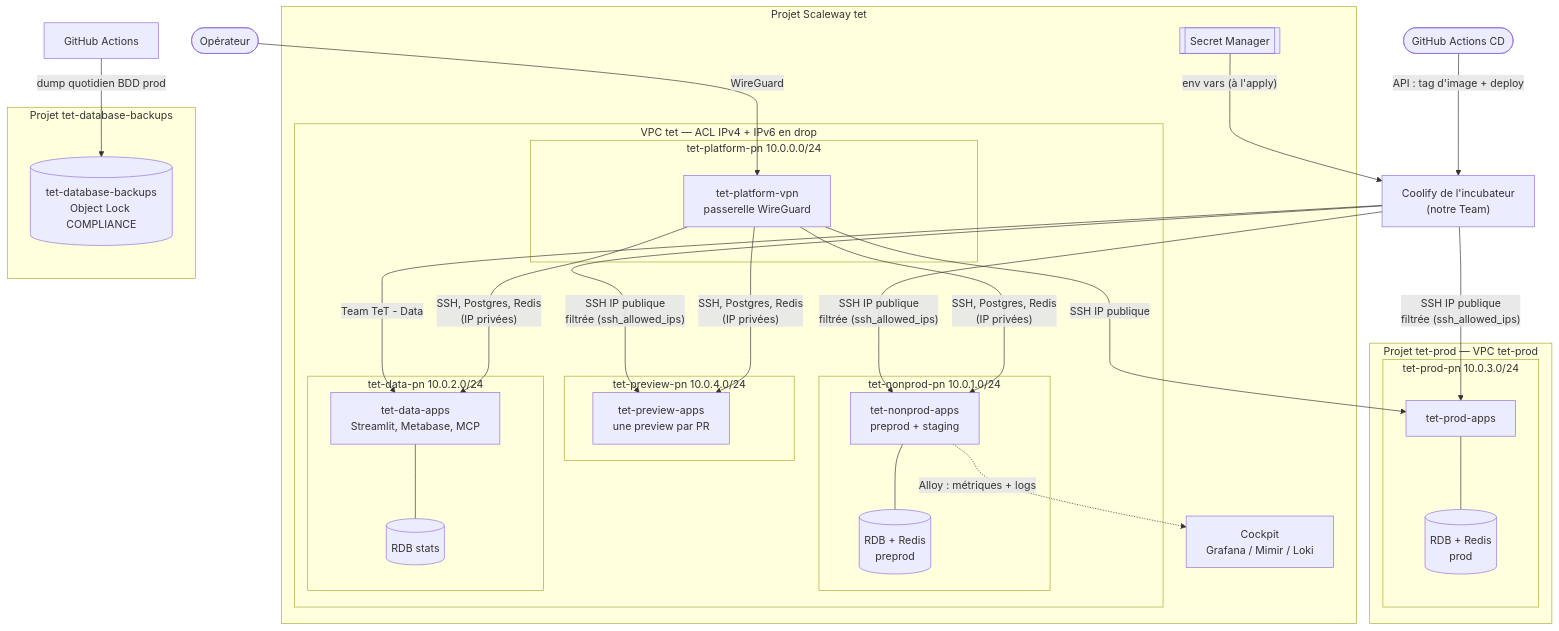
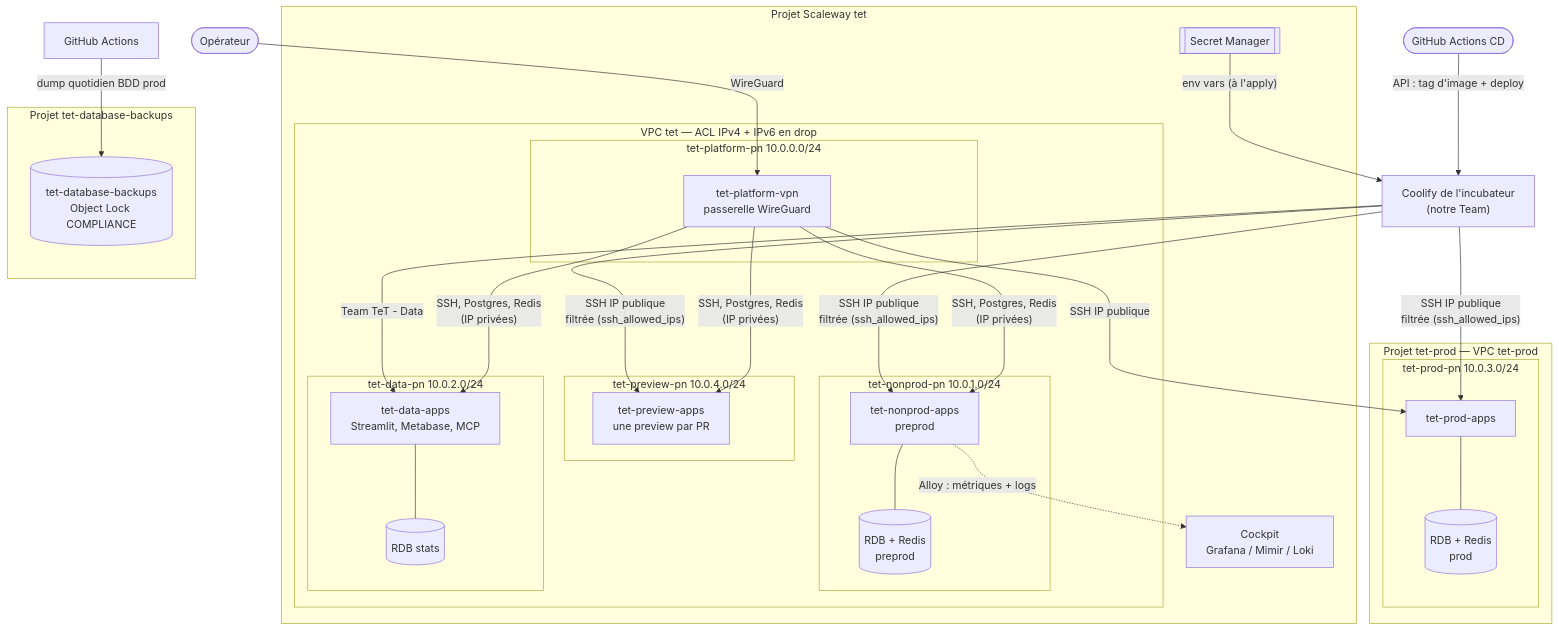
The first of 2 diagrams in infra/README.md (incubateur-ademe/territoires-en-transitions), drawn with Mermaid before and after one commit. The commit also changed other lines of this file and 18 other files, not shown here.

````diff
--- a/infra/README.md
+++ b/infra/README.md
@@ -19,49 +19,49 @@
 ```mermaid
 flowchart TB
   ops([Opérateur]) -- "WireGuard" --> vpn
   cd([GitHub Actions CD]) -- "API : tag d'image + deploy" --> coolify
   coolify["Coolify de l'incubateur<br/>(notre Team)"]
 
   subgraph main["Projet Scaleway tet"]
     subgraph vpc["VPC tet — ACL IPv4 + IPv6 en drop"]
       subgraph ppn["tet-platform-pn 10.0.0.0/24"]
         vpn["tet-platform-vpn<br/>passerelle WireGuard"]
       end
       subgraph npn["tet-nonprod-pn 10.0.1.0/24"]
-        nonprod["tet-nonprod-apps<br/>preprod + staging"]
+        nonprod["tet-nonprod-apps<br/>preprod"]
         nrdb[(RDB + Redis<br/>preprod)]
       end
       subgraph pvpn["tet-preview-pn 10.0.4.0/24"]
         preview["tet-preview-apps<br/>une preview par PR"]
       end
       subgraph dpn["tet-data-pn 10.0.2.0/24"]
         data["tet-data-apps<br/>Streamlit, Metabase, MCP"]
         drdb[(RDB stats)]
       end
     end
     sm[[Secret Manager]]
     cockpit[Cockpit<br/>Grafana / Mimir / Loki]
   end
 
   subgraph prodp["Projet tet-prod — VPC tet-prod"]
     subgraph prodpn["tet-prod-pn 10.0.3.0/24"]
       prod["tet-prod-apps"]
       prdb[(RDB + Redis<br/>prod)]
     end
   end
 
   subgraph dbk["Projet tet-database-backups"]
     dbbucket[(tet-database-backups<br/>Object Lock COMPLIANCE)]
   end
 
   coolify -- "SSH IP publique<br/>filtrée (ssh_allowed_ips)" --> nonprod & preview & prod
   coolify -- "Team TeT - Data" --> data
   vpn -- "SSH, Postgres, Redis<br/>(IP privées)" --> nonprod & preview & data
   vpn -- "SSH IP publique" --> prod
   sm -- "env vars (à l'apply)" --> coolify
   gha["GitHub Actions"] -- "dump quotidien BDD prod" --> dbbucket
   nonprod --- nrdb
   prod --- prdb
   data --- drdb
   nonprod -. "Alloy : métriques + logs" .-> cockpit
 ```
````
